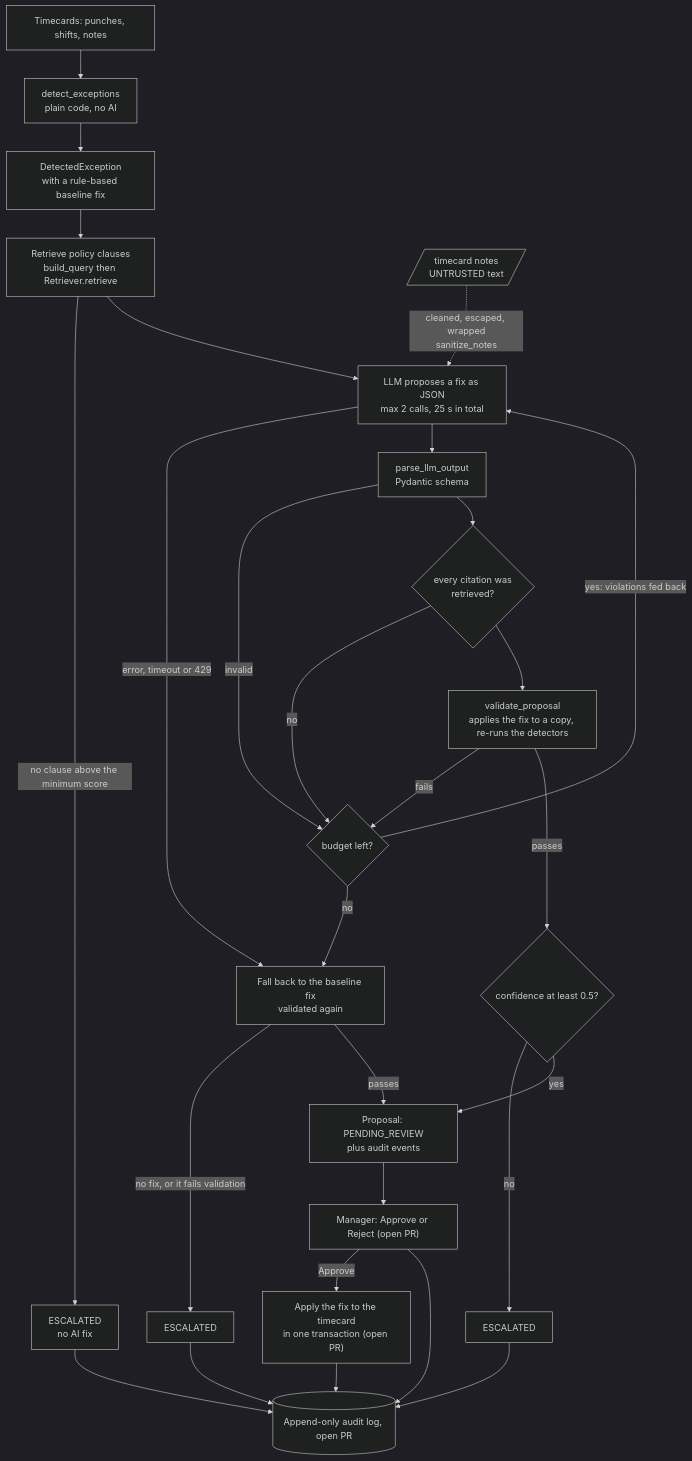
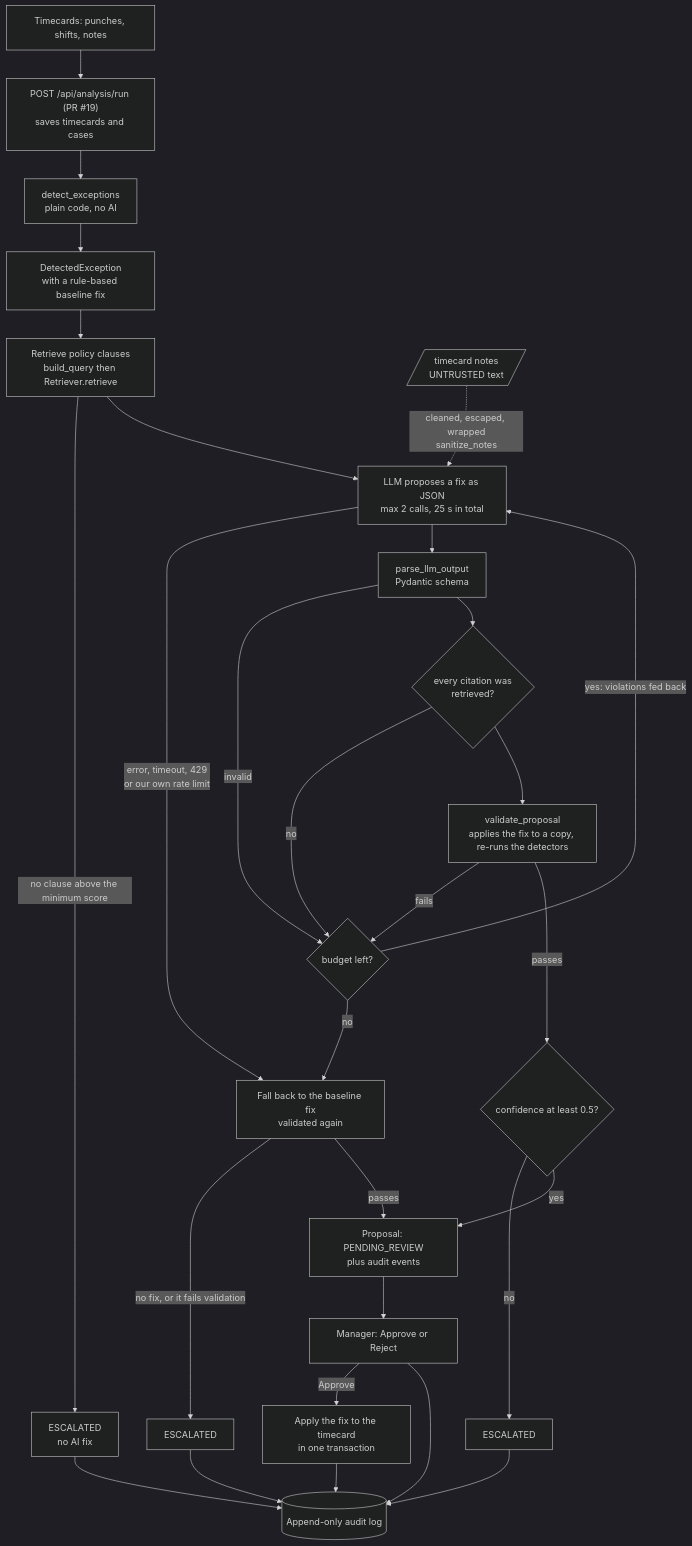
The diagram in docs/ARCHITECTURE.md (Satyam1310/dayforce), drawn with Mermaid (dark theme) before and after one commit. The commit also changed other lines of this file and 5 other files, not shown here.

Commit message:
docs: update README, architecture, security, testing, study guide and overview for the merged PRs and the analysis API

````diff
--- a/docs/ARCHITECTURE.md
+++ b/docs/ARCHITECTURE.md
@@ -17,30 +17,31 @@
 ```mermaid
 flowchart TD
-    T[Timecards: punches, shifts, notes] --> D["detect_exceptions<br/>plain code, no AI"]
+    T[Timecards: punches, shifts, notes] --> AR["POST /api/analysis/run (PR #19)<br/>saves timecards and cases"]
+    AR --> D["detect_exceptions<br/>plain code, no AI"]
     D --> E[DetectedException<br/>with a rule-based baseline fix]
     E --> R["Retrieve policy clauses<br/>build_query then Retriever.retrieve"]
     R -->|no clause above the minimum score| ESC1[ESCALATED<br/>no AI fix]
     R --> L["LLM proposes a fix as JSON<br/>max 2 calls, 25 s in total"]
     N[/"timecard notes<br/>UNTRUSTED text"/] -.->|"cleaned, escaped, wrapped<br/>sanitize_notes"| L
-    L -->|error, timeout or 429| FB
+    L -->|error, timeout, 429<br/>or our own rate limit| FB
     L --> P["parse_llm_output<br/>Pydantic schema"]
     P -->|invalid| RETRY{budget left?}
     P --> C{"every citation was<br/>retrieved?"}
     C -->|no| RETRY
     C --> V["validate_proposal<br/>applies the fix to a copy, re-runs the detectors"]
     V -->|fails| RETRY
     RETRY -->|yes: violations fed back| L
     RETRY -->|no| FB["Fall back to the baseline fix<br/>validated again"]
     FB -->|no fix, or it fails validation| ESC2[ESCALATED]
     V -->|passes| CONF{"confidence at least 0.5?"}
     FB -->|passes| PR
     CONF -->|no| ESC3[ESCALATED]
     CONF -->|yes| PR["Proposal: PENDING_REVIEW<br/>plus audit events"]
-    PR --> M["Manager: Approve or Reject (open PR)"]
-    M -->|Approve| A["Apply the fix to the timecard<br/>in one transaction (open PR)"]
-    M --> LOG[(Append-only audit log, open PR)]
+    PR --> M["Manager: Approve or Reject"]
+    M -->|Approve| A["Apply the fix to the timecard<br/>in one transaction"]
+    M --> LOG[(Append-only audit log)]
     ESC1 --> LOG
     ESC2 --> LOG
     ESC3 --> LOG
     A --> LOG
 ```
````
